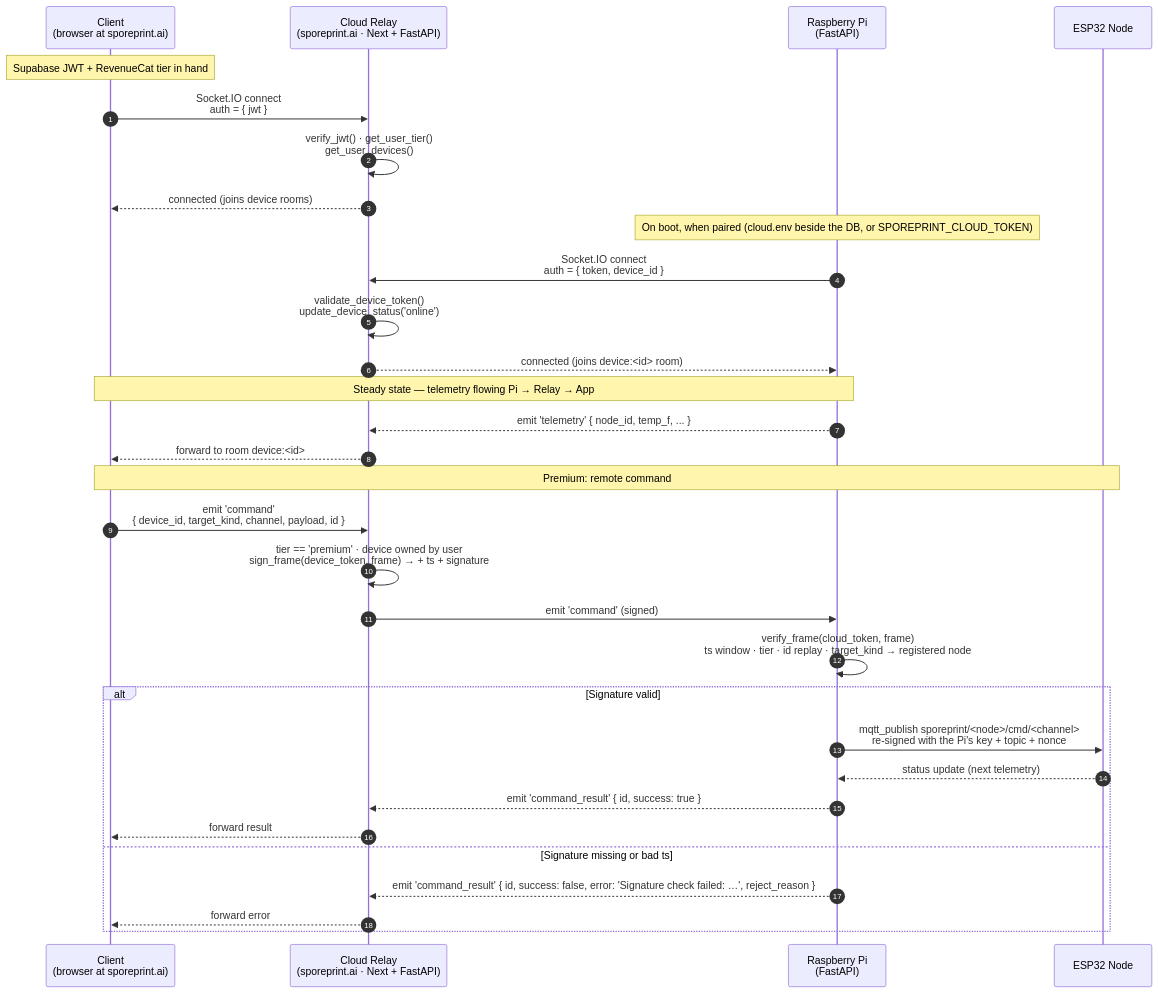
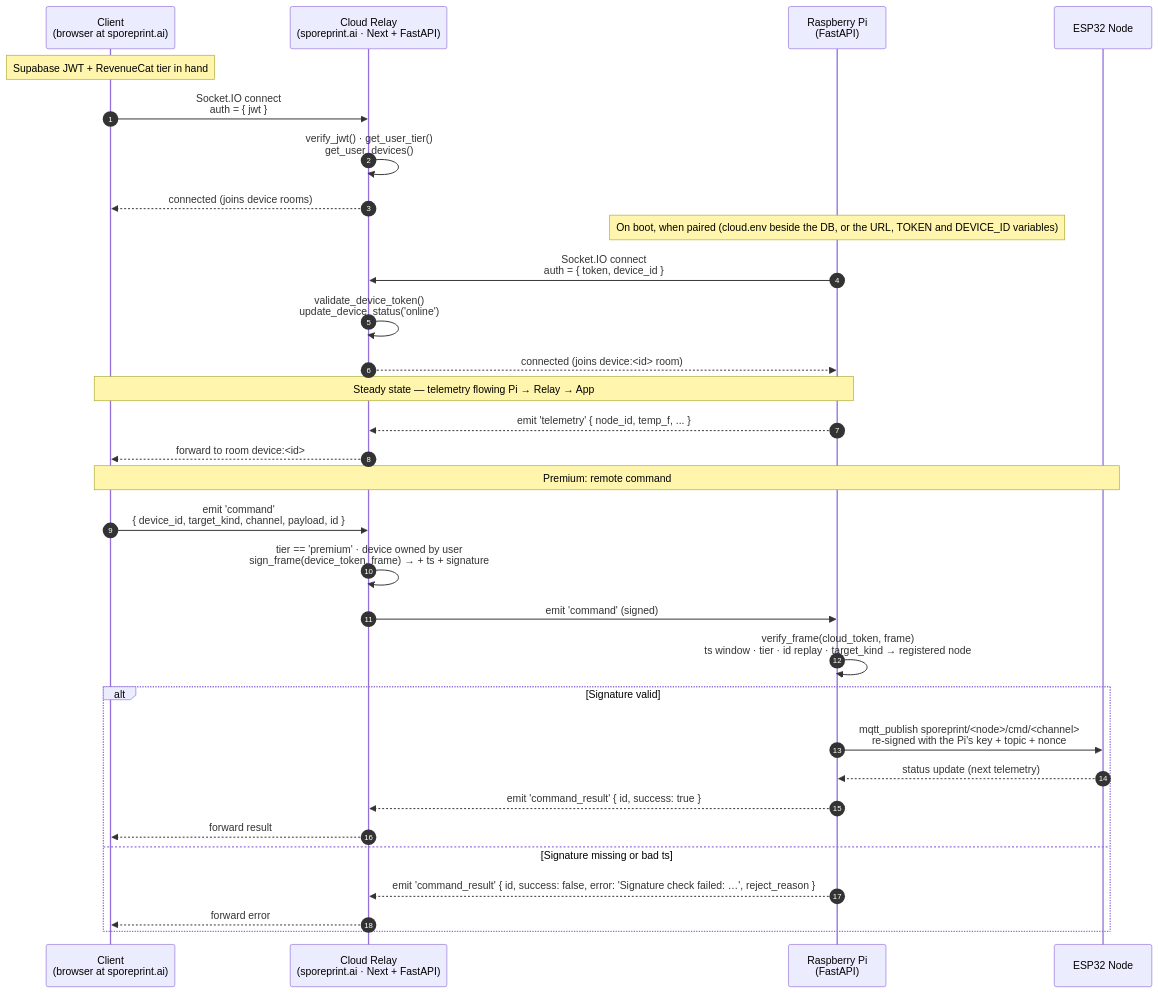
Before and after one commit to 59psi/SporePrint: the diagram in docs/cloud-relay-flow.md, drawn with Mermaid. The commit also changed other lines of this file and 380 other files, not shown here.

````diff
--- a/docs/cloud-relay-flow.md
+++ b/docs/cloud-relay-flow.md
@@ -9,38 +9,38 @@
 ```mermaid
 sequenceDiagram
     autonumber
     participant App as Client<br/>(browser at sporeprint.ai)
     participant Relay as Cloud Relay<br/>(sporeprint.ai · Next + FastAPI)
     participant Pi as Raspberry Pi<br/>(FastAPI)
     participant ESP as ESP32 Node
 
     Note over App: Supabase JWT + RevenueCat tier in hand
     App->>Relay: Socket.IO connect<br/>auth = { jwt }
     Relay->>Relay: verify_jwt() · get_user_tier()<br/>get_user_devices()
     Relay-->>App: connected (joins device rooms)
 
-    Note over Pi: On boot, when paired (cloud.env beside the DB, or SPOREPRINT_CLOUD_TOKEN)
+    Note over Pi: On boot, when paired (cloud.env beside the DB, or the URL, TOKEN and DEVICE_ID variables)
     Pi->>Relay: Socket.IO connect<br/>auth = { token, device_id }
     Relay->>Relay: validate_device_token()<br/>update_device_status('online')
     Relay-->>Pi: connected (joins device:<id> room)
 
     Note over App,Pi: Steady state — telemetry flowing Pi → Relay → App
     Pi-->>Relay: emit 'telemetry' { node_id, temp_f, ... }
     Relay-->>App: forward to room device:<id>
 
     Note over App,ESP: Premium: remote command
     App->>Relay: emit 'command'<br/>{ device_id, target_kind, channel, payload, id }
     Relay->>Relay: tier == 'premium' · device owned by user<br/>sign_frame(device_token, frame) → + ts + signature
     Relay->>Pi: emit 'command' (signed)
 
     Pi->>Pi: verify_frame(cloud_token, frame)<br/>ts window · tier · id replay · target_kind → registered node
     alt Signature valid
         Pi->>ESP: mqtt_publish sporeprint/<node>/cmd/<channel><br/>re-signed with the Pi's key + topic + nonce
         ESP-->>Pi: status update (next telemetry)
         Pi-->>Relay: emit 'command_result' { id, success: true }
         Relay-->>App: forward result
     else Signature missing or bad ts
         Pi-->>Relay: emit 'command_result' { id, success: false, error: 'Signature check failed: …', reject_reason }
         Relay-->>App: forward error
     end
 ```
````
